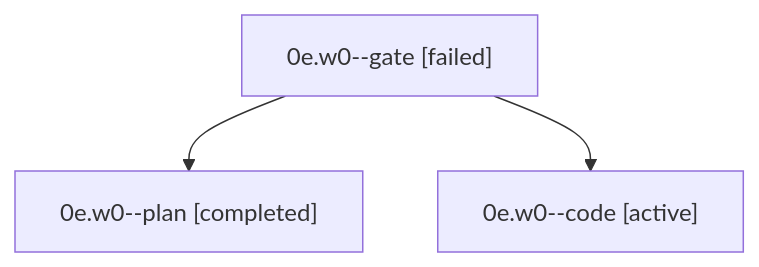
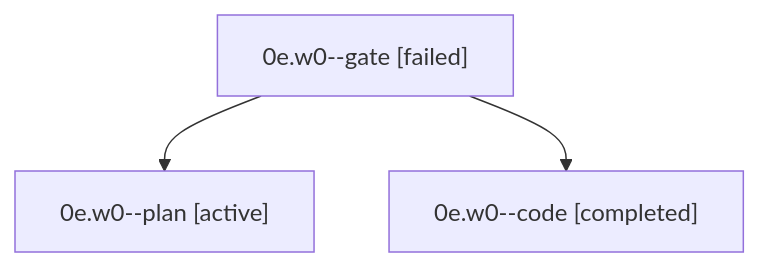
Before and after one commit to sase-org/sase--agents: the diagram in families/bbugyi200.apollo.0e.w0.md, drawn with Mermaid. The commit also changed other lines of this file and 66 other files, not shown here.

````diff
--- a/families/bbugyi200.apollo.0e.w0.md
+++ b/families/bbugyi200.apollo.0e.w0.md
@@ -9,8 +9,8 @@
 ```mermaid
 flowchart TD
   n0["0e.w0--gate [failed]"]
-  n1["0e.w0--plan [completed]"]
+  n1["0e.w0--plan [active]"]
   n0 --> n1
-  n2["0e.w0--code [active]"]
+  n2["0e.w0--code [completed]"]
   n0 --> n2
 ```
````
